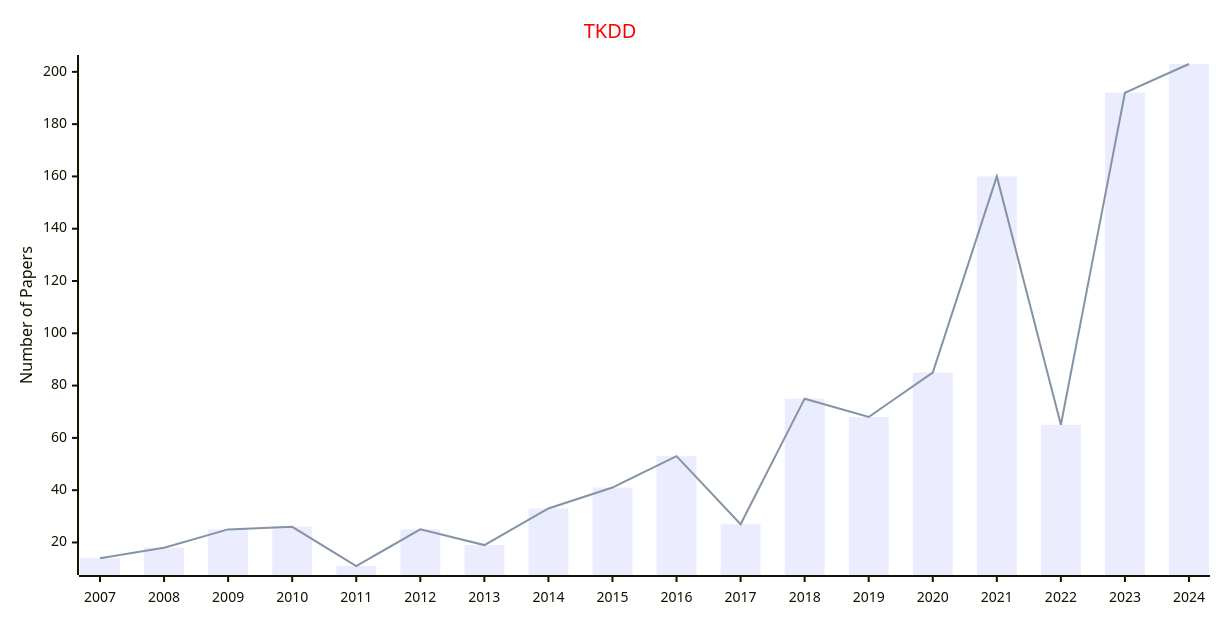
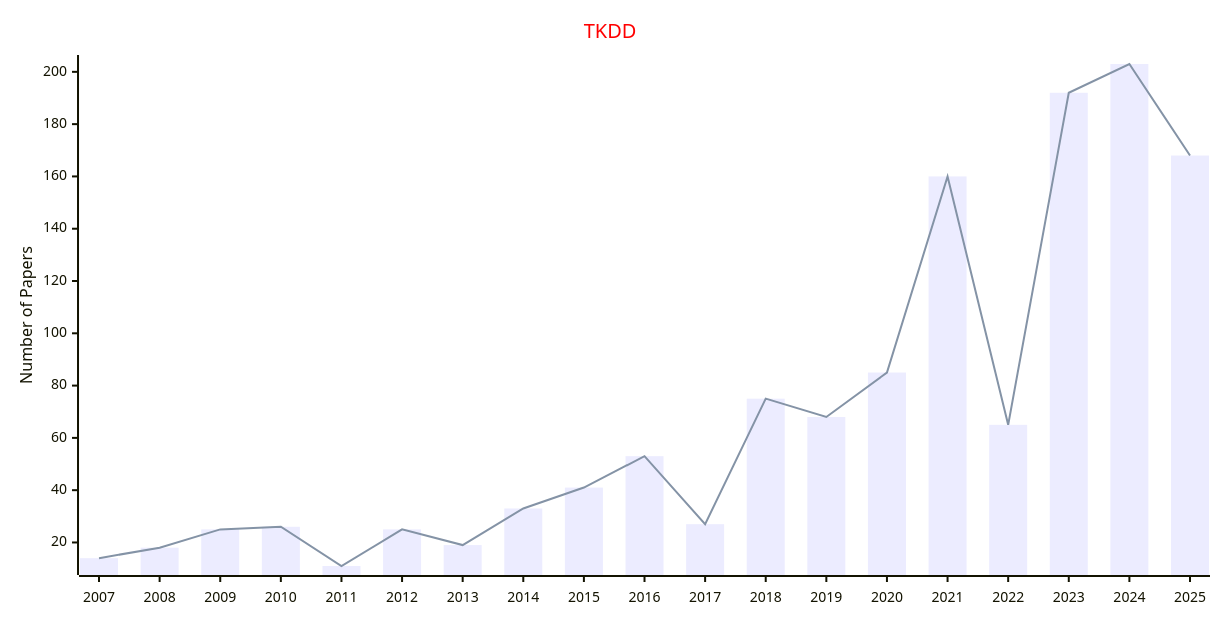
One commit to Easy-PhD/AILinks changed the first of 2 diagrams in docs/data/Journals/Statistics_Journals/Knowledge_Discovery.md. Above: the diagram before and after it, drawn with Mermaid. The commit also changed 93 other files, not shown here.

````diff
--- a/docs/data/Journals/Statistics_Journals/Knowledge_Discovery.md
+++ b/docs/data/Journals/Statistics_Journals/Knowledge_Discovery.md
@@ -9,17 +9,17 @@
 ```mermaid
 ---
 config:
     xyChart:
         width: 1200
         height: 600
     themeVariables:
         xyChart:
             titleColor: "#ff0000"
 ---
 xychart-beta
     title "TKDD"
-    x-axis [2007, 2008, 2009, 2010, 2011, 2012, 2013, 2014, 2015, 2016, 2017, 2018, 2019, 2020, 2021, 2022, 2023, 2024]
+    x-axis [2007, 2008, 2009, 2010, 2011, 2012, 2013, 2014, 2015, 2016, 2017, 2018, 2019, 2020, 2021, 2022, 2023, 2024, 2025]
     y-axis "Number of Papers"
-    bar [14, 18, 25, 26, 11, 25, 19, 33, 41, 53, 27, 75, 68, 85, 160, 65, 192, 203]
-    line [14, 18, 25, 26, 11, 25, 19, 33, 41, 53, 27, 75, 68, 85, 160, 65, 192, 203]
+    bar [14, 18, 25, 26, 11, 25, 19, 33, 41, 53, 27, 75, 68, 85, 160, 65, 192, 203, 168]
+    line [14, 18, 25, 26, 11, 25, 19, 33, 41, 53, 27, 75, 68, 85, 160, 65, 192, 203, 168]
 ```
````
